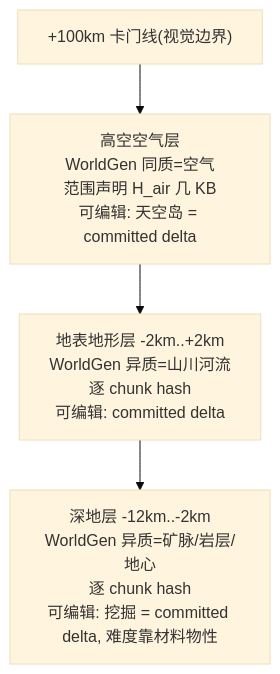
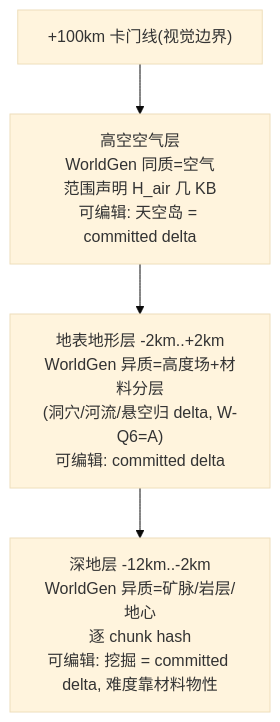
The fourth of 5 diagrams in docs/voxel-server-authority/2026-06-29-voxel-baseline-streaming-boundary.md (dyzdyz010/ex_mmo_cluster), drawn with Mermaid (base theme) before and after one commit. The commit also changed other lines of this file and 8 other files, not shown here.

````diff
--- a/docs/voxel-server-authority/2026-06-29-voxel-baseline-streaming-boundary.md
+++ b/docs/voxel-server-authority/2026-06-29-voxel-baseline-streaming-boundary.md
@@ -201,8 +201,8 @@
 ```mermaid
 flowchart TB
   Space["+100km 卡门线(视觉边界)"]
   Air["高空空气层<br/>WorldGen 同质=空气<br/>范围声明 H_air 几 KB<br/>可编辑: 天空岛 = committed delta"]
-  Terrain["地表地形层 -2km..+2km<br/>WorldGen 异质=山川河流<br/>逐 chunk hash<br/>可编辑: committed delta"]
+  Terrain["地表地形层 -2km..+2km<br/>WorldGen 异质=高度场+材料分层<br/>(洞穴/河流/悬空归 delta, W-Q6=A)<br/>可编辑: committed delta"]
   Deep["深地层 -12km..-2km<br/>WorldGen 异质=矿脉/岩层/地心<br/>逐 chunk hash<br/>可编辑: 挖掘 = committed delta, 难度靠材料物性"]
   Space --> Air --> Terrain --> Deep
 ```
````
